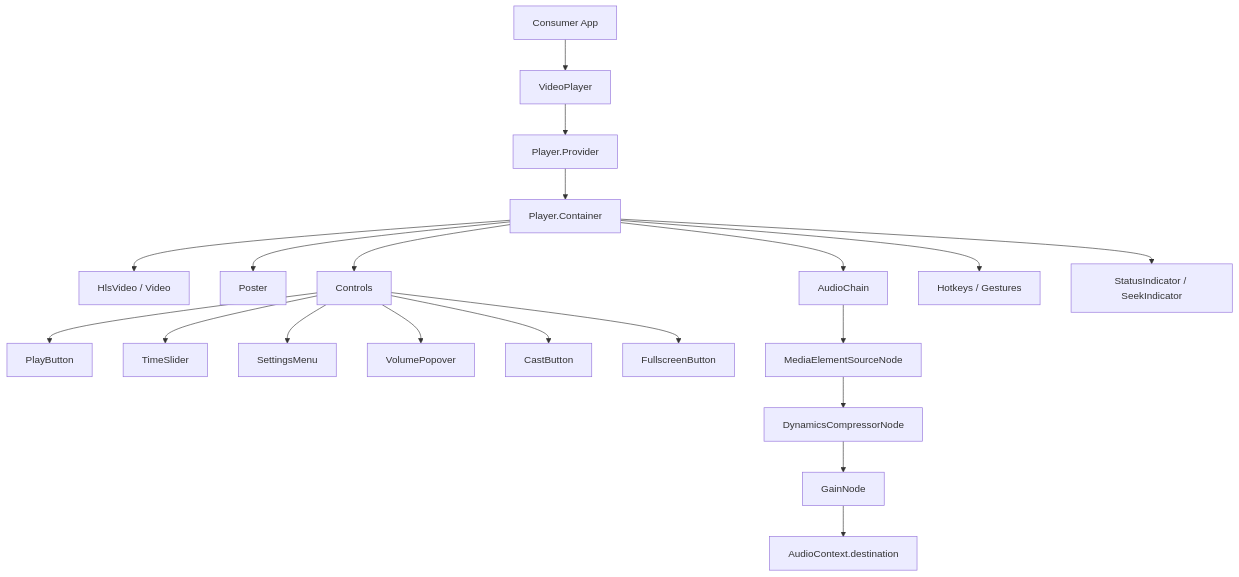
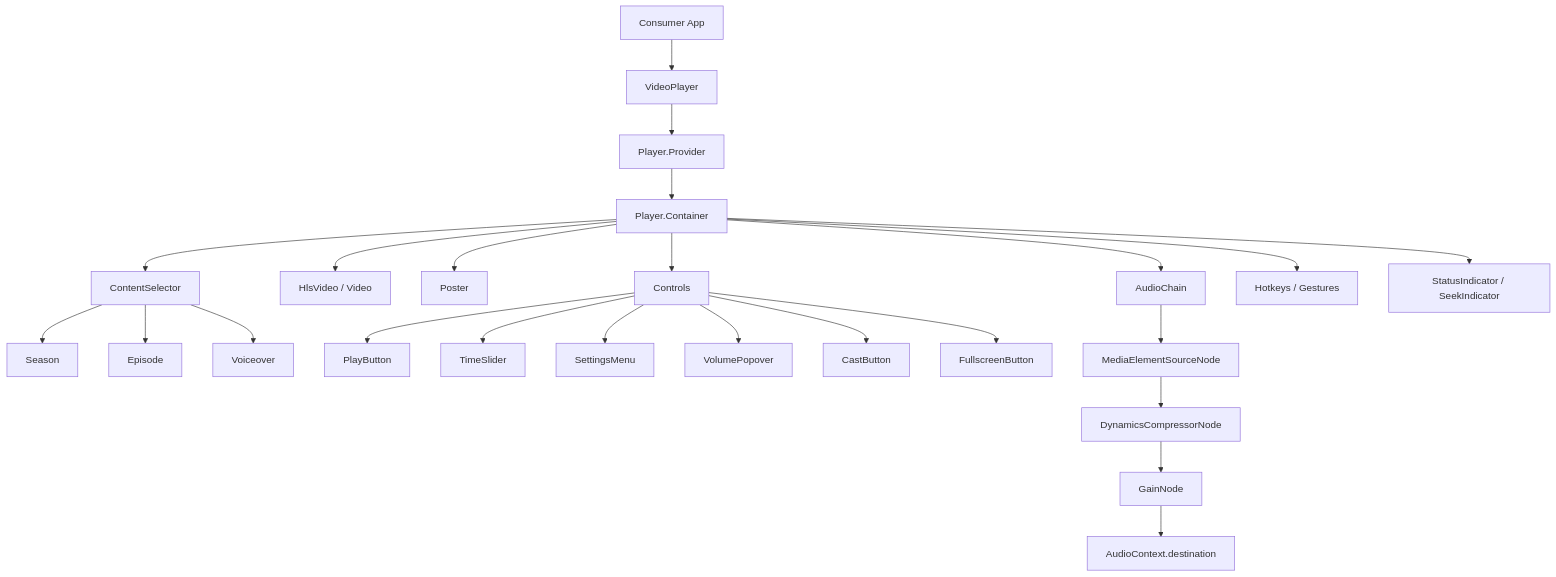
One commit to evadepw/evade-player changed the diagram in README.md. Above: the diagram before and after it, drawn with Mermaid. The commit also changed other lines of this file and 7 other files, not shown here.

Commit message:
Add season, episode, and voiceover selection to video player

````diff
--- a/README.md
+++ b/README.md
@@ -194,22 +235,26 @@
 ```mermaid
 flowchart TD
     A[Consumer App] --> B[VideoPlayer]
     B --> C[Player.Provider]
     C --> D[Player.Container]
+    D --> C1[ContentSelector]
+    C1 --> C1A[Season]
+    C1 --> C1B[Episode]
+    C1 --> C1C[Voiceover]
     D --> E[HlsVideo / Video]
     D --> F[Poster]
     D --> G[Controls]
     G --> H[PlayButton]
     G --> I[TimeSlider]
     G --> J[SettingsMenu]
     G --> K[VolumePopover]
     G --> L[CastButton]
     G --> M[FullscreenButton]
     D --> N[AudioChain]
     N --> O[MediaElementSourceNode]
     O --> P[DynamicsCompressorNode]
     P --> Q[GainNode]
     Q --> R[AudioContext.destination]
     D --> S[Hotkeys / Gestures]
     D --> T[StatusIndicator / SeekIndicator]
 ```
````
